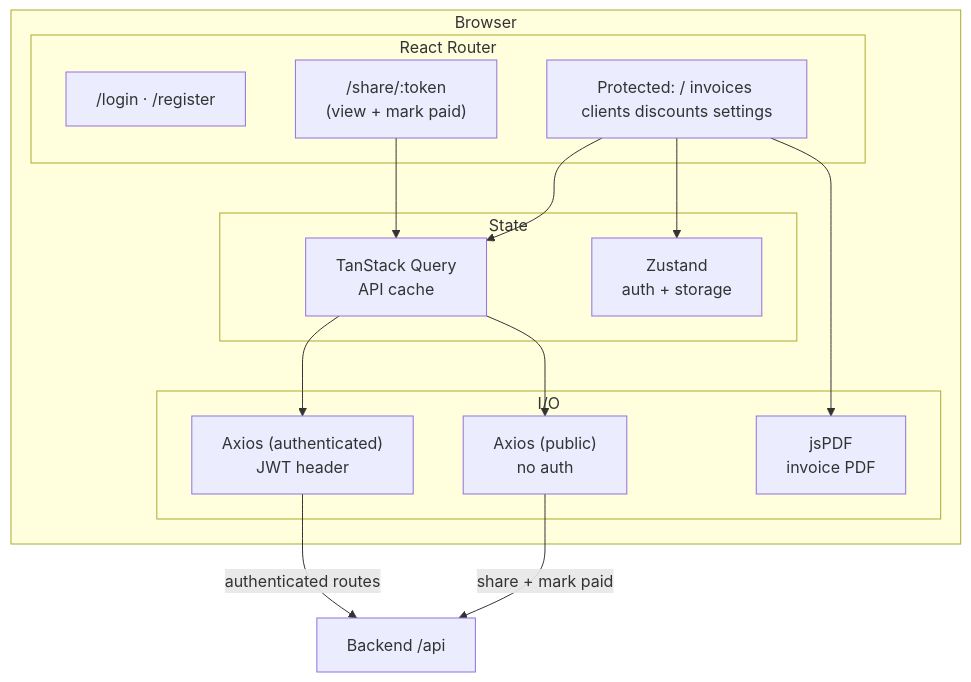
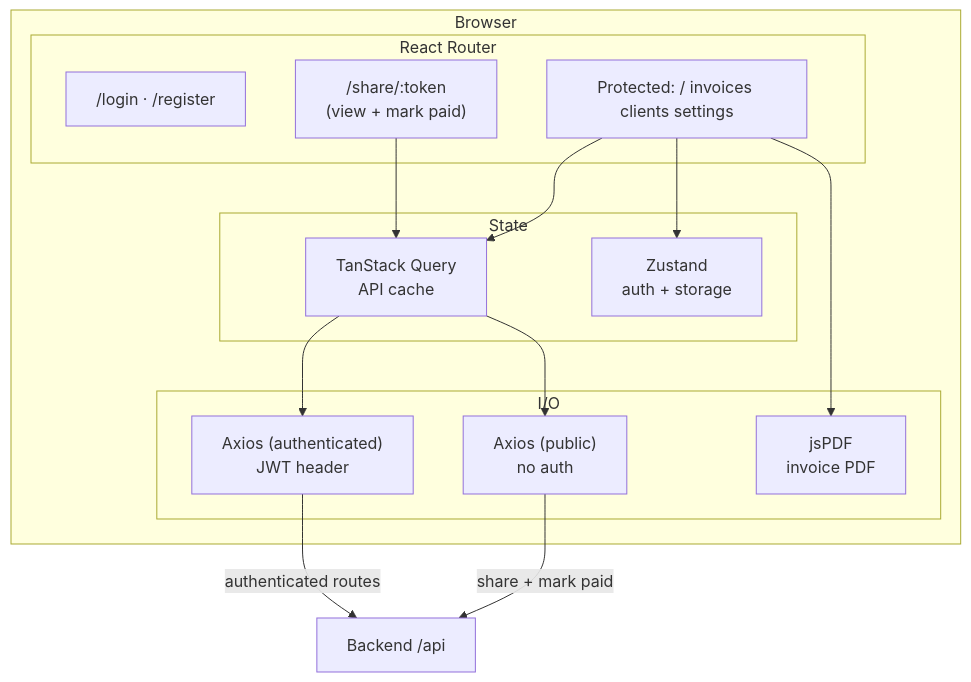
The diagram in docs/frontend/overview.md (becomeonewiththecode/invoicing), drawn with Mermaid before and after one commit. The commit also changed 5 other files, not shown here.

First line of the commit message:
refactor: remove discounts from sidebar, update docs for smtp_from and tabbed settings

````diff
--- a/docs/frontend/overview.md
+++ b/docs/frontend/overview.md
@@ -24,32 +24,32 @@
 ```mermaid
 flowchart TB
   subgraph Browser
     subgraph Router["React Router"]
       PUB["/login · /register"]
       SHARE["/share/:token\n(view + mark paid)"]
-      PROT["Protected: / invoices clients discounts settings"]
+      PROT["Protected: / invoices clients settings"]
     end
 
     subgraph State["State"]
       RQ["TanStack Query\nAPI cache"]
       ZS["Zustand\nauth + storage"]
     end
 
     subgraph IO["I/O"]
       AX["Axios (authenticated)\nJWT header"]
       AXPUB["Axios (public)\nno auth"]
       PDF["jsPDF\ninvoice PDF"]
     end
 
     PROT --> RQ
     PROT --> ZS
     SHARE --> RQ
     RQ --> AX
     RQ --> AXPUB
     PROT --> PDF
   end
 
   API["Backend /api"]
   AX -->|authenticated routes| API
   AXPUB -->|share + mark paid| API
 ```
````
